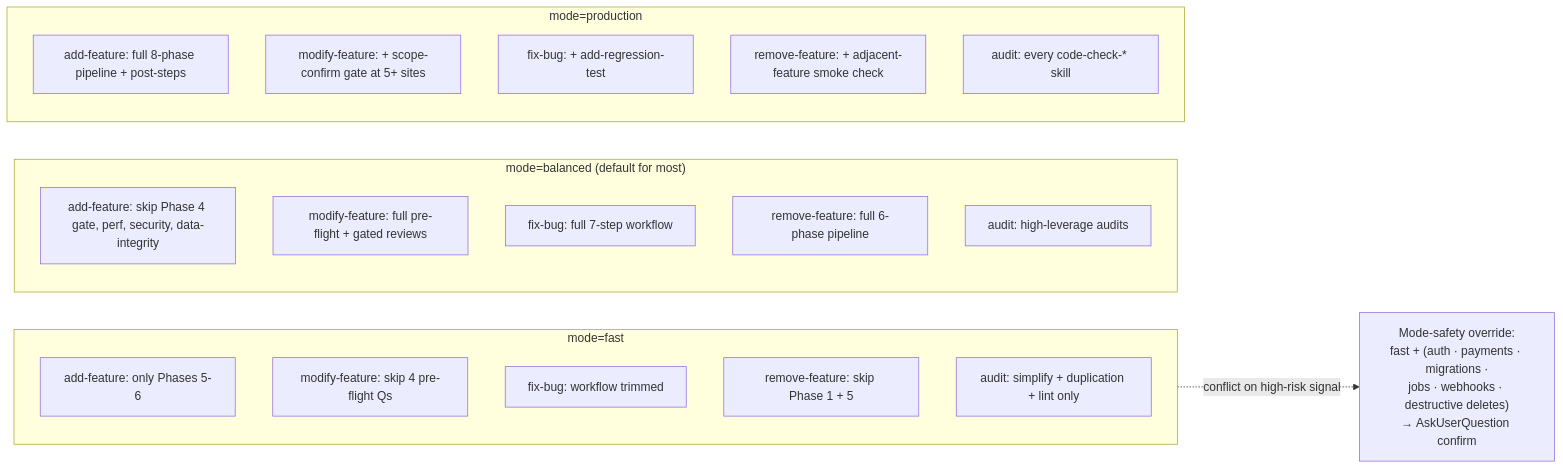
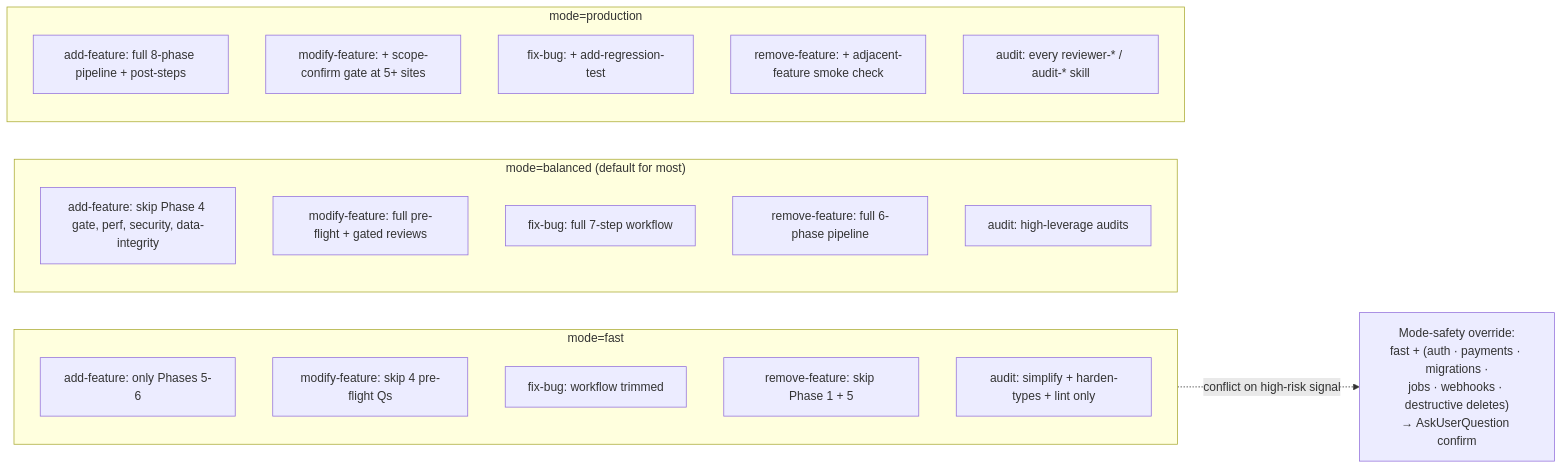
Before and after one commit to AgentSystemLabs/core: the ninth of 9 diagrams in docs/ship-diagrams.md, drawn with Mermaid. The commit also changed other lines of this file and 75 other files, not shown here.

````diff
--- a/docs/ship-diagrams.md
+++ b/docs/ship-diagrams.md
@@ -590,30 +593,30 @@
 ```mermaid
 flowchart LR
     subgraph FAST["mode=fast"]
         F1["add-feature: only Phases 5-6"]
         F2["modify-feature: skip 4 pre-flight Qs"]
         F3["fix-bug: workflow trimmed"]
         F4["remove-feature: skip Phase 1 + 5"]
-        F5["audit: simplify + duplication + lint only"]
+        F5["audit: simplify + harden-types + lint only"]
     end
 
     subgraph BAL["mode=balanced (default for most)"]
         B1["add-feature: skip Phase 4 gate, perf, security, data-integrity"]
         B2["modify-feature: full pre-flight + gated reviews"]
         B3["fix-bug: full 7-step workflow"]
         B4["remove-feature: full 6-phase pipeline"]
         B5["audit: high-leverage audits"]
     end
 
     subgraph PROD["mode=production"]
         P1["add-feature: full 8-phase pipeline + post-steps"]
         P2["modify-feature: + scope-confirm gate at 5+ sites"]
         P3["fix-bug: + add-regression-test"]
         P4["remove-feature: + adjacent-feature smoke check"]
-        P5["audit: every code-check-* skill"]
+        P5["audit: every reviewer-* / audit-* skill"]
     end
 
     SAFETY["Mode-safety override:<br/>fast + (auth · payments · migrations ·<br/>jobs · webhooks · destructive deletes)<br/>→ AskUserQuestion confirm"]
 
     FAST -.->|conflict on high-risk signal| SAFETY
 ```
````
